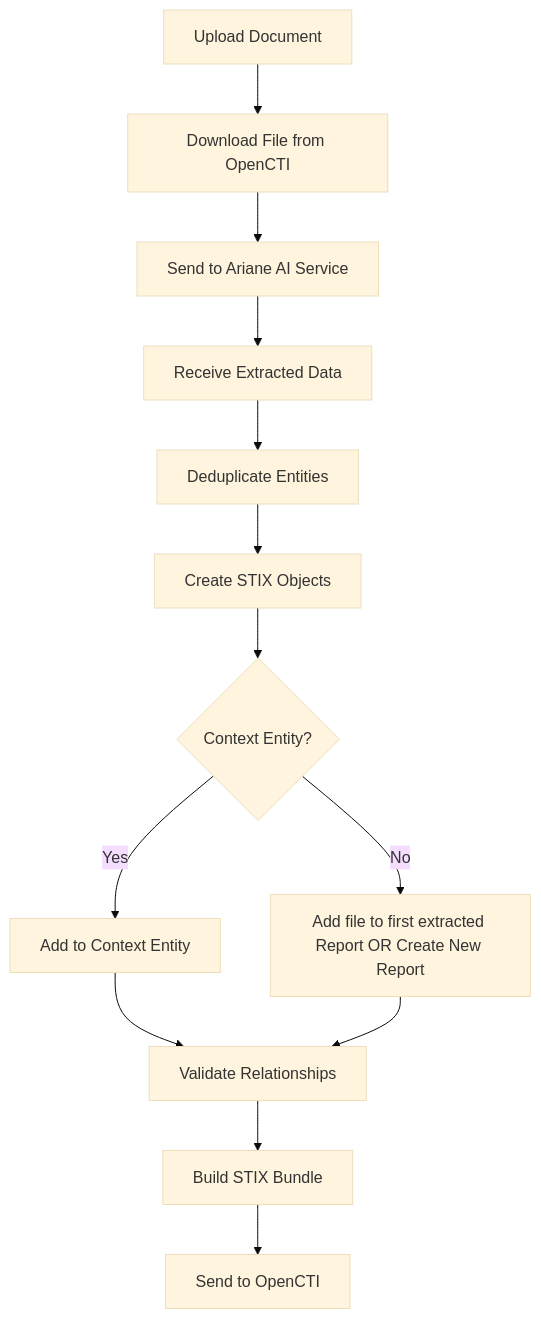
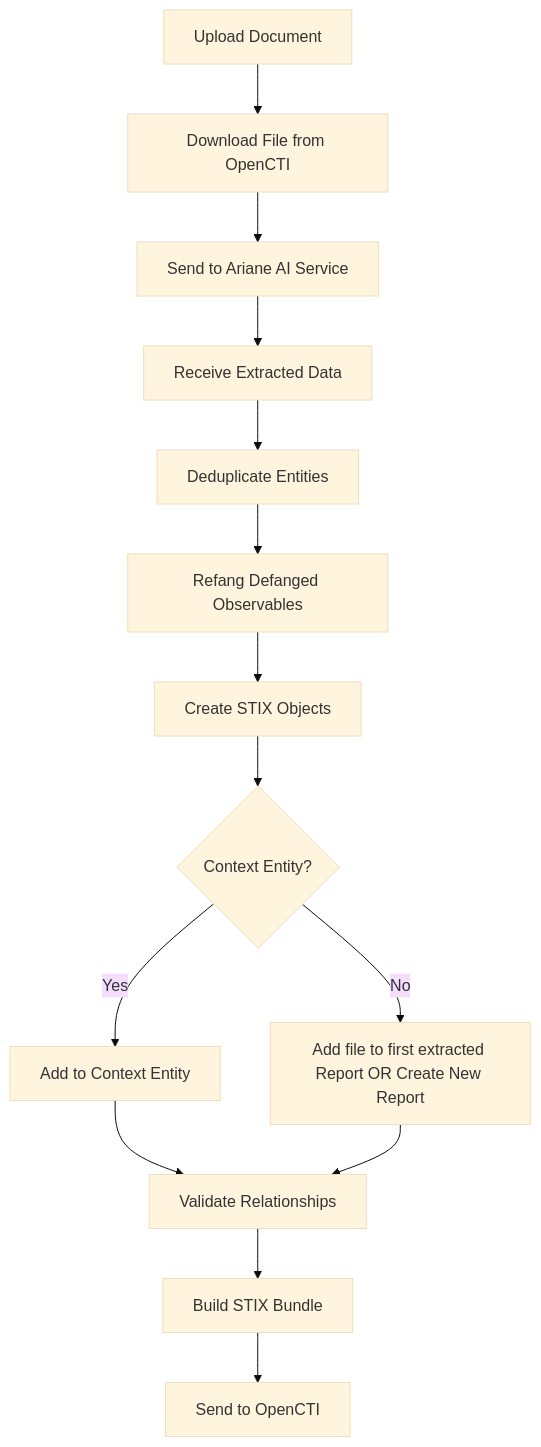
The first of 2 diagrams in internal-import-file/import-document-ai/README.md (OpenCTI-Platform/connectors), drawn with Mermaid (base theme) before and after one commit. The commit also changed other lines of this file and 5 other files, not shown here.

````diff
--- a/internal-import-file/import-document-ai/README.md
+++ b/internal-import-file/import-document-ai/README.md
@@ -123,15 +124,16 @@
 ```mermaid
 flowchart TD
     A[Upload Document] --> B[Download File from OpenCTI]
     B --> C[Send to Ariane AI Service]
     C --> D[Receive Extracted Data]
     D --> E[Deduplicate Entities]
-    E --> F[Create STIX Objects]
+    E --> R[Refang Defanged Observables]
+    R --> F[Create STIX Objects]
     F --> G{Context Entity?}
     G -->|Yes| H[Add to Context Entity]
     G -->|No| I[Add file to first extracted Report OR Create New Report]
     H --> J[Validate Relationships]
     I --> J
     J --> K[Build STIX Bundle]
     K --> L[Send to OpenCTI]
 ```
````
